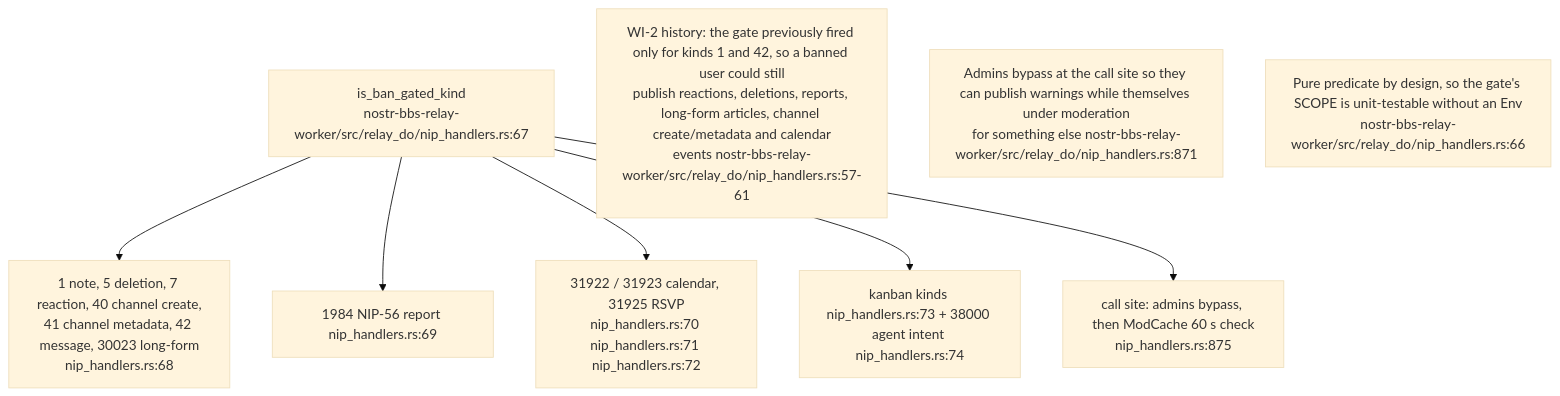
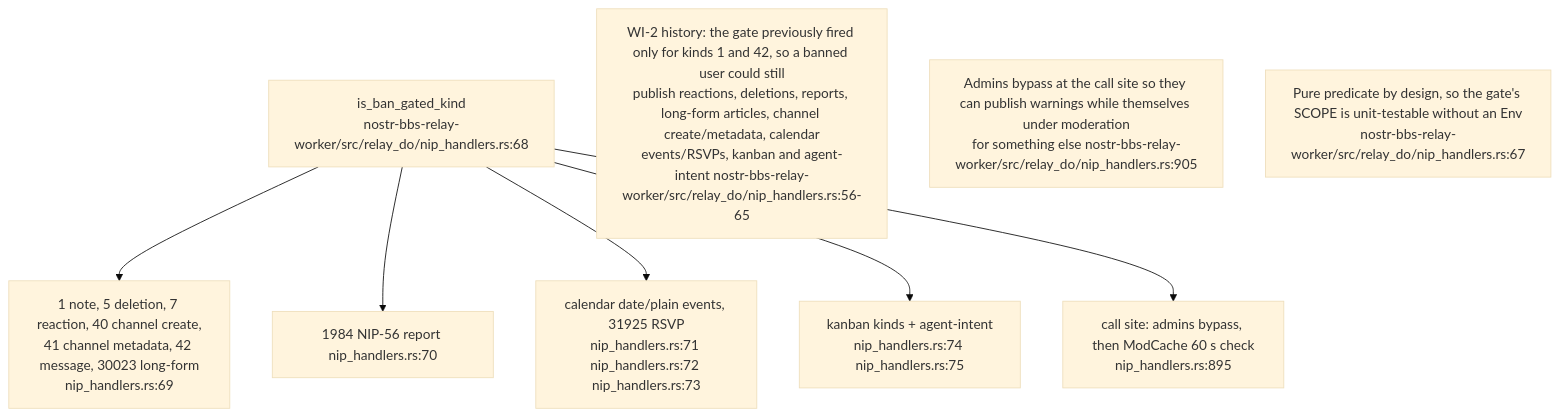
One commit to DreamLab-AI/VisionFlow changed the sixth of 14 diagrams in docs/diagrams/nostr-rust-forum/03-relay-worker-admission-auth-and-trust.md. Above: the diagram before and after it, drawn with Mermaid (base theme). The commit also changed other lines of this file and 136 other files, not shown here.

First line of the commit message:
docs(diagrams): refresh the whole corpus to code HEAD and prune low-value diagrams

````diff
--- a/docs/diagrams/nostr-rust-forum/03-relay-worker-admission-auth-and-trust.md
+++ b/docs/diagrams/nostr-rust-forum/03-relay-worker-admission-auth-and-trust.md
@@ -170,16 +169,16 @@
 ```mermaid
 flowchart TB
-    GATE["is_ban_gated_kind<br/>nostr-bbs-relay-worker/src/relay_do/nip_handlers.rs:67"]
-    LIT["1 note, 5 deletion, 7 reaction, 40 channel create,<br/>41 channel metadata, 42 message, 30023 long-form<br/>nip_handlers.rs:68"]
-    REP["1984 NIP-56 report nip_handlers.rs:69"]
-    CAL["31922 / 31923 calendar, 31925 RSVP<br/>nip_handlers.rs:70 nip_handlers.rs:71 nip_handlers.rs:72"]
-    KAN["kanban kinds nip_handlers.rs:73 + 38000 agent intent nip_handlers.rs:74"]
-    CALL["call site: admins bypass, then ModCache 60 s check<br/>nip_handlers.rs:875"]
+    GATE["is_ban_gated_kind<br/>nostr-bbs-relay-worker/src/relay_do/nip_handlers.rs:68"]
+    LIT["1 note, 5 deletion, 7 reaction, 40 channel create,<br/>41 channel metadata, 42 message, 30023 long-form<br/>nip_handlers.rs:69"]
+    REP["1984 NIP-56 report nip_handlers.rs:70"]
+    CAL["calendar date/plain events, 31925 RSVP<br/>nip_handlers.rs:71 nip_handlers.rs:72 nip_handlers.rs:73"]
+    KAN["kanban kinds + agent-intent<br/>nip_handlers.rs:74 nip_handlers.rs:75"]
+    CALL["call site: admins bypass, then ModCache 60 s check<br/>nip_handlers.rs:895"]
 
     GATE --> LIT & REP & CAL & KAN
     GATE --> CALL
 
-    N1["WI-2 history: the gate previously fired only for kinds 1 and 42, so a banned user could still<br/>publish reactions, deletions, reports, long-form articles, channel create/metadata and calendar<br/>events nostr-bbs-relay-worker/src/relay_do/nip_handlers.rs:57-61"]
-    N2["Admins bypass at the call site so they can publish warnings while themselves under moderation<br/>for something else nostr-bbs-relay-worker/src/relay_do/nip_handlers.rs:871"]
-    N3["Pure predicate by design, so the gate's SCOPE is unit-testable without an Env<br/>nostr-bbs-relay-worker/src/relay_do/nip_handlers.rs:66"]
+    N1["WI-2 history: the gate previously fired only for kinds 1 and 42, so a banned user could still<br/>publish reactions, deletions, reports, long-form articles, channel create/metadata, calendar<br/>events/RSVPs, kanban and agent-intent nostr-bbs-relay-worker/src/relay_do/nip_handlers.rs:56-65"]
+    N2["Admins bypass at the call site so they can publish warnings while themselves under moderation<br/>for something else nostr-bbs-relay-worker/src/relay_do/nip_handlers.rs:905"]
+    N3["Pure predicate by design, so the gate's SCOPE is unit-testable without an Env<br/>nostr-bbs-relay-worker/src/relay_do/nip_handlers.rs:67"]
 ```
````
